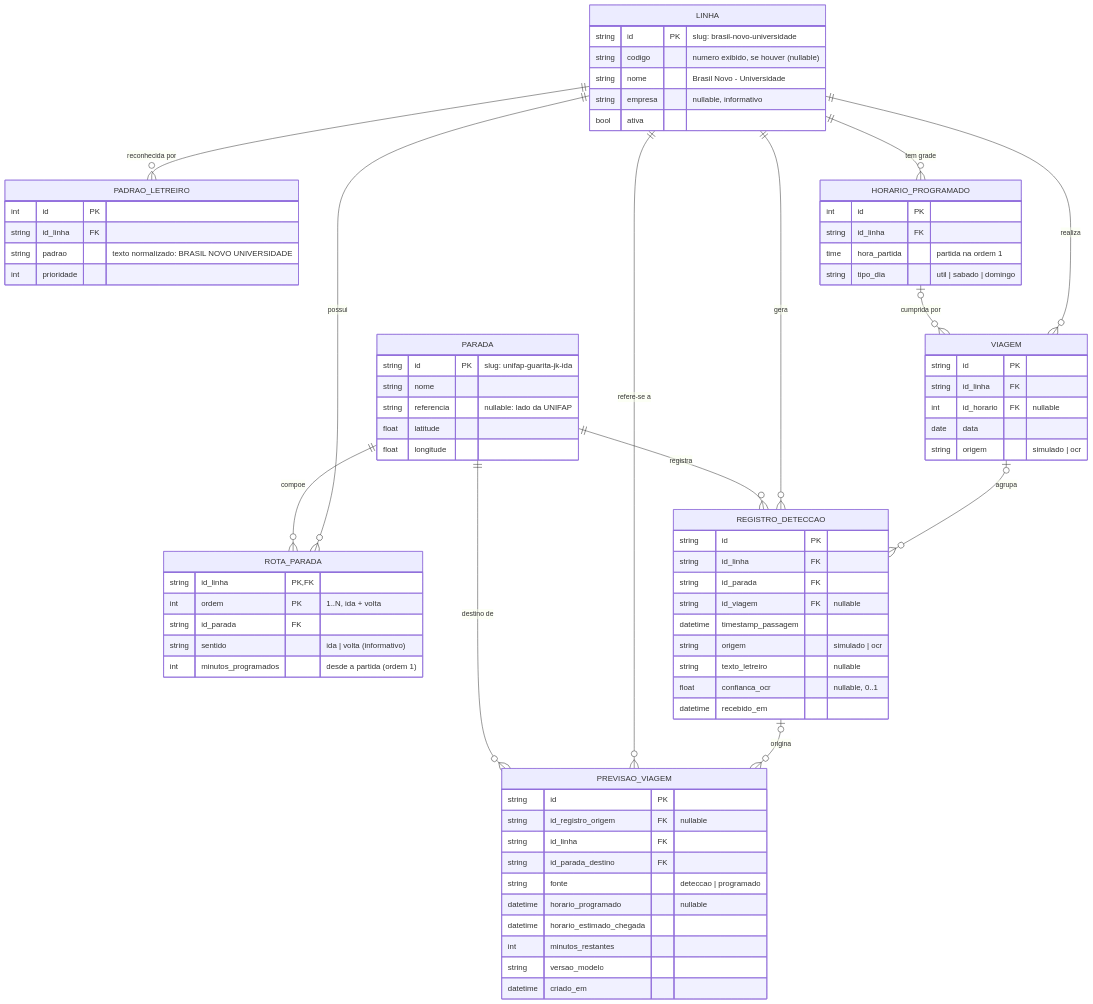
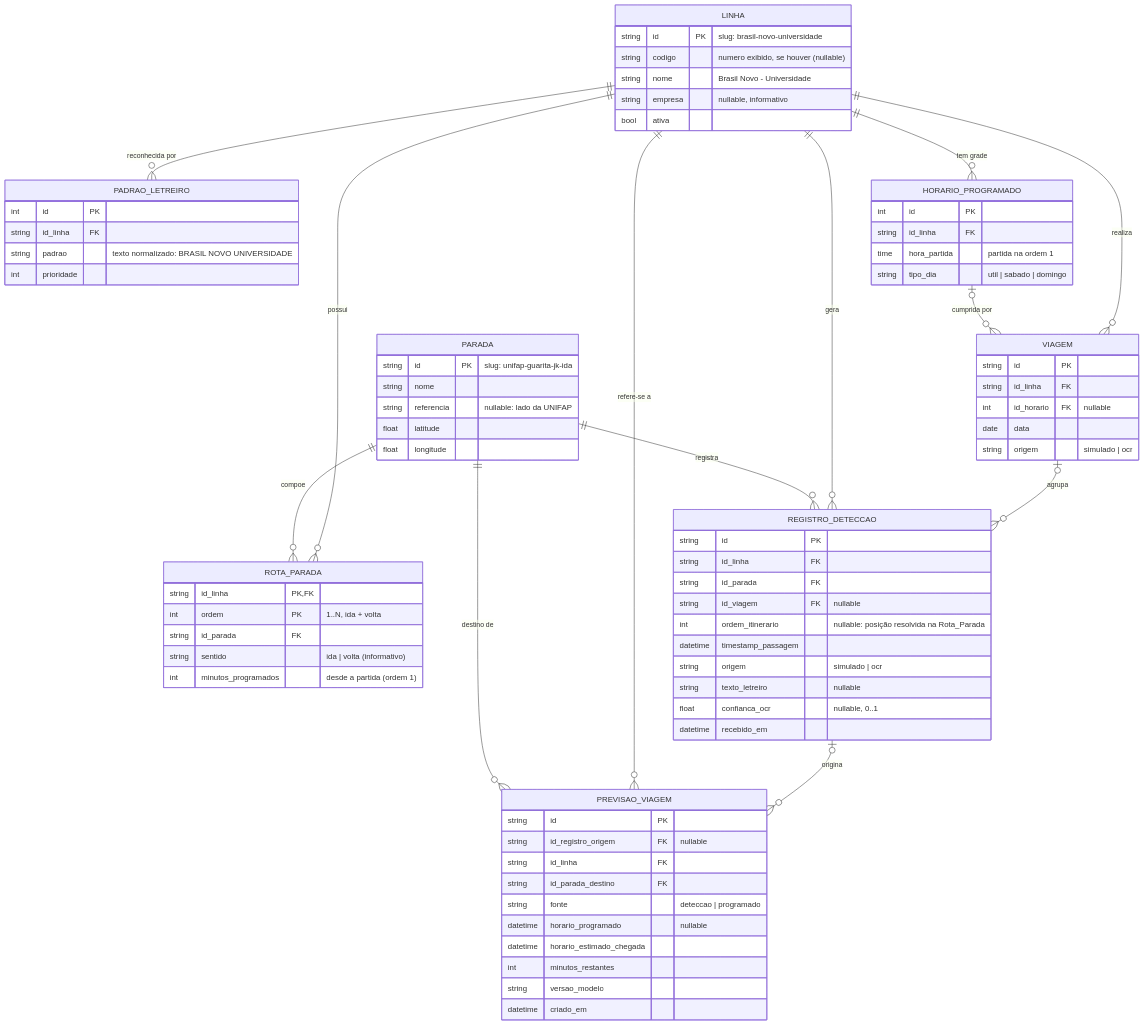
One commit to DCET-UNIFAP-Pythonisa/pythonisaFastApi changed the diagram in docs/superpowers/specs/2026-11-08-servidor-fastapi-mvp-design.md. Above: the diagram before and after it, drawn with Mermaid. The commit also changed other lines of this file and 1 other file, not shown here.

Commit message:
docs: plano da parte 1 (fundação) e ordem_itinerario na spec

````diff
--- a/docs/superpowers/specs/2026-11-08-servidor-fastapi-mvp-design.md
+++ b/docs/superpowers/specs/2026-11-08-servidor-fastapi-mvp-design.md
@@ -74,79 +74,80 @@
 ```mermaid
 erDiagram
     LINHA ||--o{ PADRAO_LETREIRO : "reconhecida por"
     LINHA ||--o{ ROTA_PARADA : "possui"
     PARADA ||--o{ ROTA_PARADA : "compoe"
     LINHA ||--o{ HORARIO_PROGRAMADO : "tem grade"
     LINHA ||--o{ VIAGEM : "realiza"
     HORARIO_PROGRAMADO |o--o{ VIAGEM : "cumprida por"
     VIAGEM |o--o{ REGISTRO_DETECCAO : "agrupa"
     LINHA ||--o{ REGISTRO_DETECCAO : "gera"
     PARADA ||--o{ REGISTRO_DETECCAO : "registra"
     REGISTRO_DETECCAO |o--o{ PREVISAO_VIAGEM : "origina"
     LINHA ||--o{ PREVISAO_VIAGEM : "refere-se a"
     PARADA ||--o{ PREVISAO_VIAGEM : "destino de"
 
     LINHA {
         string id PK "slug: brasil-novo-universidade"
         string codigo "numero exibido, se houver (nullable)"
         string nome "Brasil Novo - Universidade"
         string empresa "nullable, informativo"
         bool ativa
     }
     PADRAO_LETREIRO {
         int id PK
         string id_linha FK
         string padrao "texto normalizado: BRASIL NOVO UNIVERSIDADE"
         int prioridade
     }
     PARADA {
         string id PK "slug: unifap-guarita-jk-ida"
         string nome
         string referencia "nullable: lado da UNIFAP"
         float latitude
         float longitude
     }
     ROTA_PARADA {
         string id_linha PK,FK
         int ordem PK "1..N, ida + volta"
         string id_parada FK
         string sentido "ida | volta (informativo)"
         int minutos_programados "desde a partida (ordem 1)"
     }
     HORARIO_PROGRAMADO {
         int id PK
         string id_linha FK
         time hora_partida "partida na ordem 1"
         string tipo_dia "util | sabado | domingo"
     }
     VIAGEM {
         string id PK
         string id_linha FK
         int id_horario FK "nullable"
         date data
         string origem "simulado | ocr"
     }
     REGISTRO_DETECCAO {
         string id PK
         string id_linha FK
         string id_parada FK
         string id_viagem FK "nullable"
+        int ordem_itinerario "nullable: posição resolvida na Rota_Parada"
         datetime timestamp_passagem
         string origem "simulado | ocr"
         string texto_letreiro "nullable"
         float confianca_ocr "nullable, 0..1"
         datetime recebido_em
     }
     PREVISAO_VIAGEM {
         string id PK
         string id_registro_origem FK "nullable"
         string id_linha FK
         string id_parada_destino FK
         string fonte "deteccao | programado"
         datetime horario_programado "nullable"
         datetime horario_estimado_chegada
         int minutos_restantes
         string versao_modelo
         datetime criado_em
     }
 ```
````
